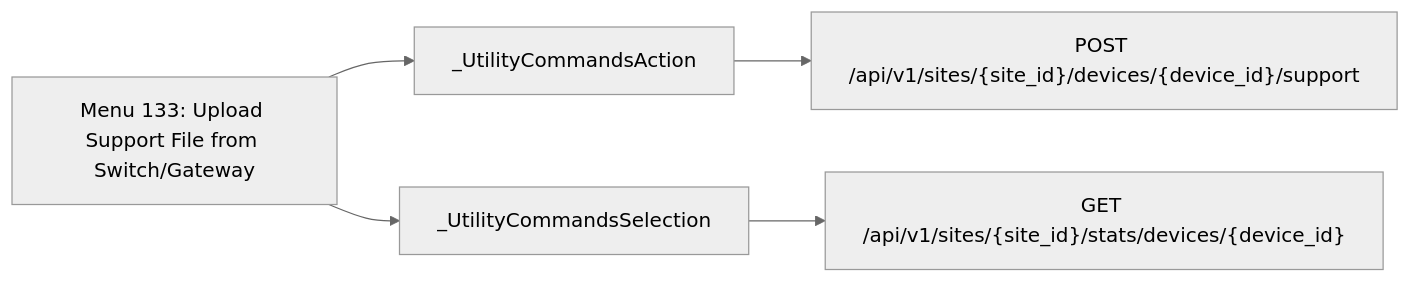
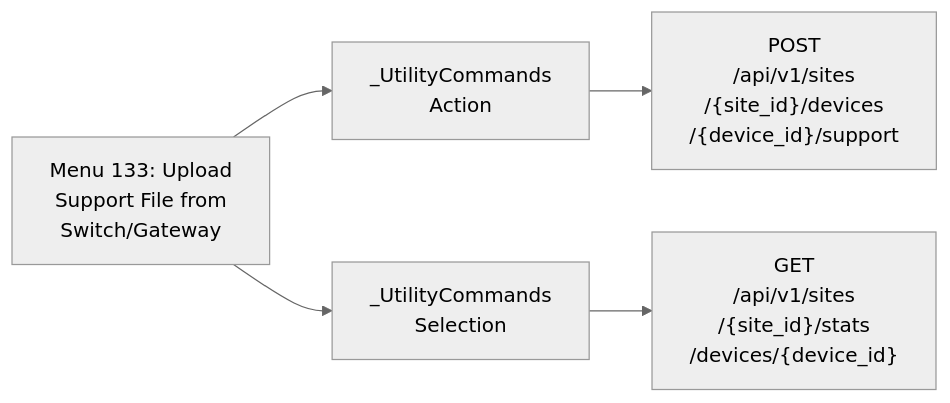
Before and after one commit to jmorrison-juniper/MistHelper: diagram 11 of 28 in documentation/menu-api/interactive.md, drawn with Mermaid (neutral theme). The commit also changed other lines of this file and 19 other files, not shown here.

First line of the commit message:
docs(menu-api): fit the Mermaid diagrams to the wiki column

````diff
--- a/documentation/menu-api/interactive.md
+++ b/documentation/menu-api/interactive.md
@@ -395,8 +247,8 @@
 ```mermaid
 flowchart LR
-    menu["Menu 133: Upload Support File from Switch/Gateway"]
-    menu --> c1["_UtilityCommandsAction"]
-    c1 --> e1["POST /api/v1/sites/{site_id}/devices/{device_id}/support"]
-    menu --> c2["_UtilityCommandsSelection"]
-    c2 --> e2["GET /api/v1/sites/{site_id}/stats/devices/{device_id}"]
+    menu["Menu 133: Upload<br/>Support File from<br/>Switch/Gateway"]
+    menu --> c1["_UtilityCommands<br/>Action"]
+    c1 --> e1["POST<br/>/api/v1/sites<br/>/{site_id}/devices<br/>/{device_id}/support"]
+    menu --> c2["_UtilityCommands<br/>Selection"]
+    c2 --> e2["GET<br/>/api/v1/sites<br/>/{site_id}/stats<br/>/devices/{device_id}"]
 ```
````
